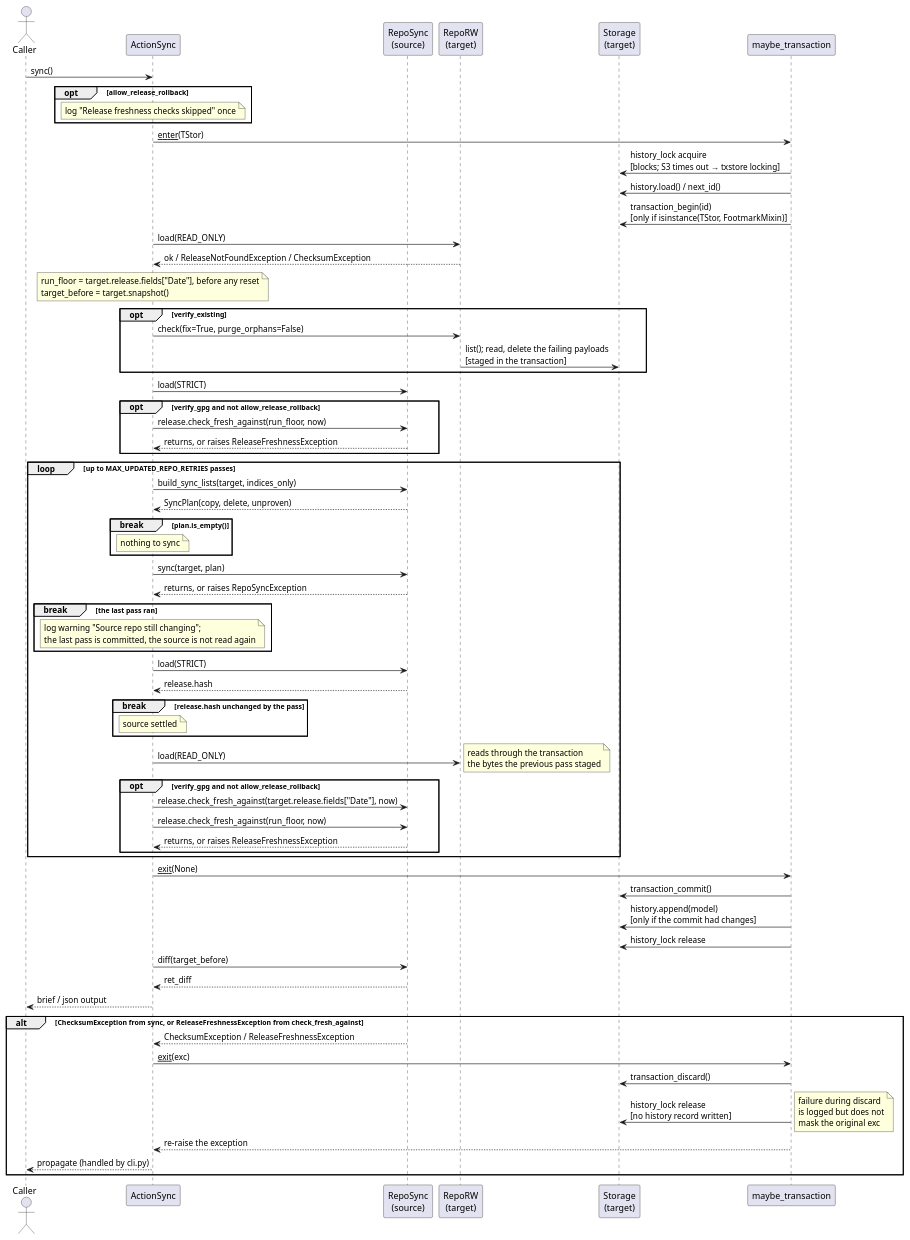
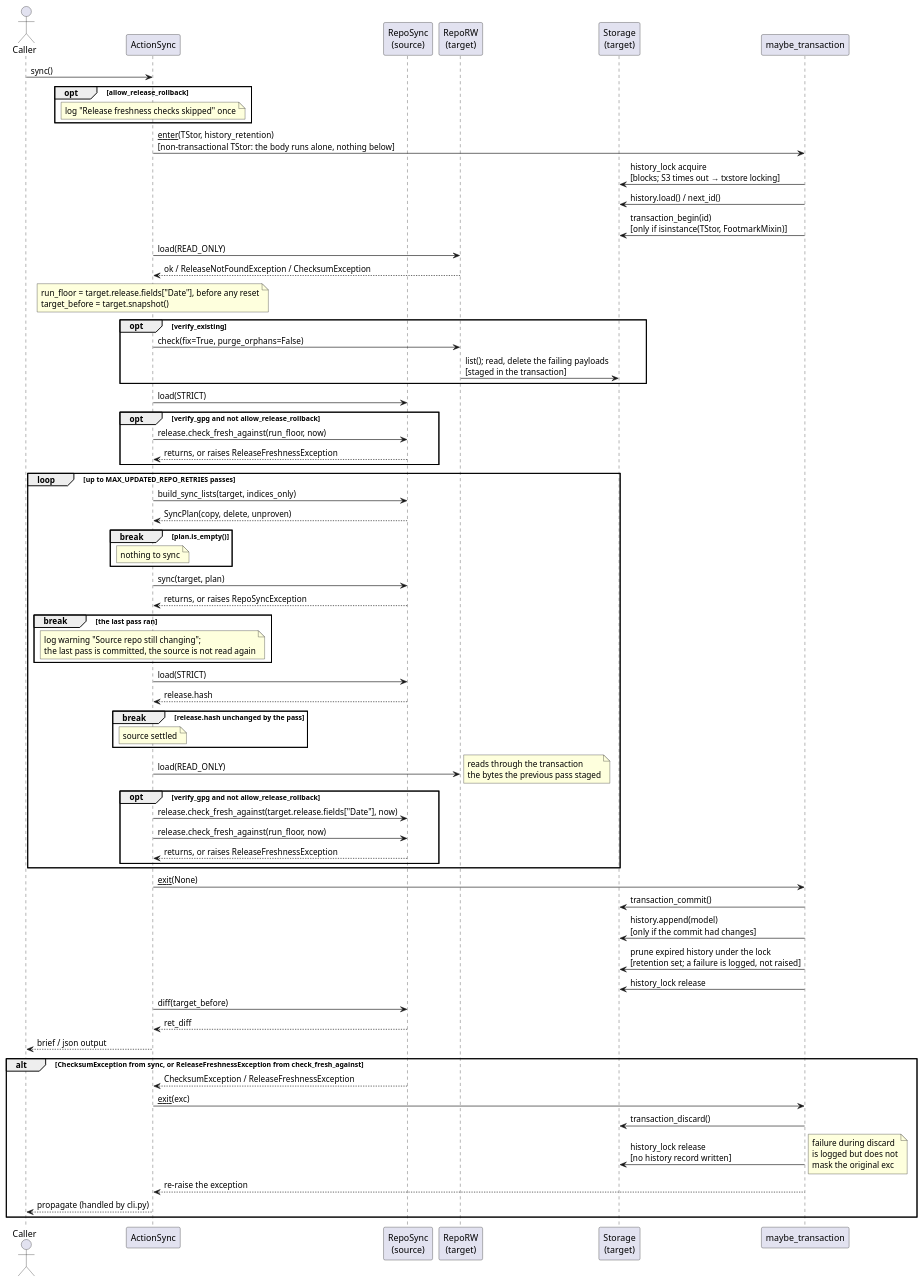
One commit to vinklat/debkit changed the diagram in docs/development/diagrams/action-sync-sequence.puml. Above: the diagram before and after it, drawn with PlantUML. The commit also changed 14 other files, not shown here.

```diff
--- a/docs/development/diagrams/action-sync-sequence.puml
+++ b/docs/development/diagrams/action-sync-sequence.puml
@@ -1,81 +1,82 @@
 @startuml
 actor Caller
 participant ActionSync
 participant "RepoSync\n(source)" as Src
 participant "RepoRW\n(target)" as Tgt
 participant "Storage\n(target)" as TStor
 participant "maybe_transaction" as CM
 
 Caller -> ActionSync: sync()
 
 opt allow_release_rollback
   note over ActionSync: log "Release freshness checks skipped" once
 end
 
-ActionSync -> CM: __enter__(TStor)
+ActionSync -> CM: __enter__(TStor, history_retention)\n[non-transactional TStor: the body runs alone, nothing below]
 CM -> TStor: history_lock acquire\n[blocks; S3 times out → txstore locking]
 CM -> TStor: history.load() / next_id()
 CM -> TStor: transaction_begin(id)\n[only if isinstance(TStor, FootmarkMixin)]
 
 ActionSync -> Tgt: load(READ_ONLY)
 Tgt --> ActionSync: ok / ReleaseNotFoundException / ChecksumException
 note over ActionSync: run_floor = target.release.fields["Date"], before any reset\ntarget_before = target.snapshot()
 
 opt verify_existing
   ActionSync -> Tgt: check(fix=True, purge_orphans=False)
   Tgt -> TStor: list(); read, delete the failing payloads\n[staged in the transaction]
 end
 
 ActionSync -> Src: load(STRICT)
 opt verify_gpg and not allow_release_rollback
   ActionSync -> Src: release.check_fresh_against(run_floor, now)
   Src --> ActionSync: returns, or raises ReleaseFreshnessException
 end
 
 loop up to MAX_UPDATED_REPO_RETRIES passes
   ActionSync -> Src: build_sync_lists(target, indices_only)
   Src --> ActionSync: SyncPlan(copy, delete, unproven)
   break plan.is_empty()
     note over ActionSync: nothing to sync
   end
 
   ActionSync -> Src: sync(target, plan)
   Src --> ActionSync: returns, or raises RepoSyncException
   break the last pass ran
     note over ActionSync: log warning "Source repo still changing";\nthe last pass is committed, the source is not read again
   end
 
   ActionSync -> Src: load(STRICT)
   Src --> ActionSync: release.hash
   break release.hash unchanged by the pass
     note over ActionSync: source settled
   end
 
   ActionSync -> Tgt: load(READ_ONLY)
   note right: reads through the transaction\nthe bytes the previous pass staged
   opt verify_gpg and not allow_release_rollback
     ActionSync -> Src: release.check_fresh_against(target.release.fields["Date"], now)
     ActionSync -> Src: release.check_fresh_against(run_floor, now)
     Src --> ActionSync: returns, or raises ReleaseFreshnessException
   end
 end
 
 ActionSync -> CM: __exit__(None)
 CM -> TStor: transaction_commit()
 CM -> TStor: history.append(model)\n[only if the commit had changes]
+CM -> TStor: prune expired history under the lock\n[retention set; a failure is logged, not raised]
 CM -> TStor: history_lock release
 
 ActionSync -> Src: diff(target_before)
 Src --> ActionSync: ret_diff
 ActionSync --> Caller: brief / json output
 
 alt ChecksumException from sync, or ReleaseFreshnessException from check_fresh_against
   Src --> ActionSync: ChecksumException / ReleaseFreshnessException
   ActionSync -> CM: __exit__(exc)
   CM -> TStor: transaction_discard()
   CM -> TStor: history_lock release\n[no history record written]
   note right: failure during discard\nis logged but does not\nmask the original exc
   CM --> ActionSync: re-raise the exception
   ActionSync --> Caller: propagate (handled by cli.py)
 end
 @enduml
```
